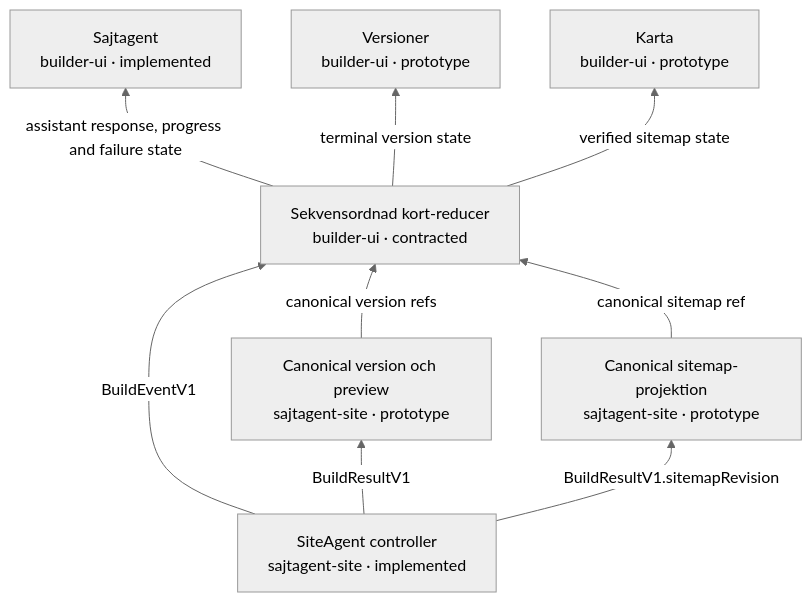
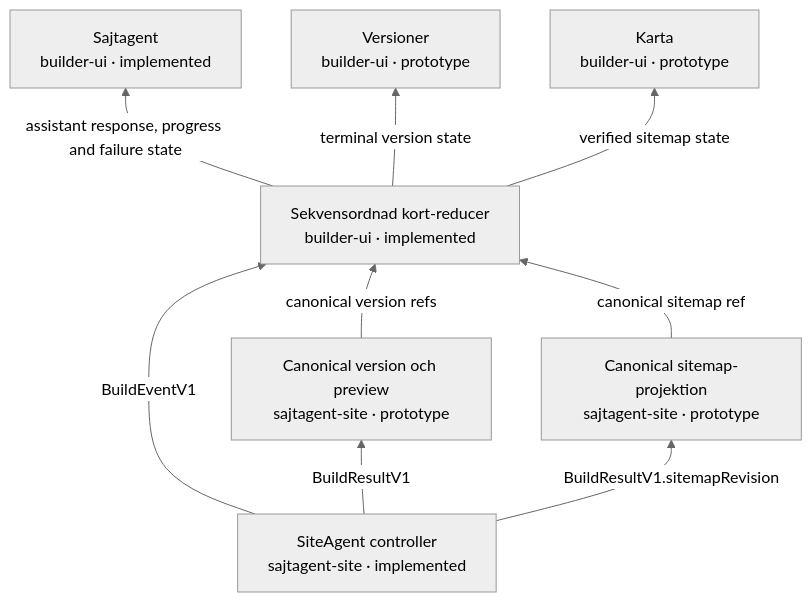
One commit to Jakeminator123/sajtagent-site changed the second of 2 diagrams in docs/card-flow.md. Above: the diagram before and after it, drawn with Mermaid (neutral theme). The commit also changed 19 other files, not shown here.

````diff
--- a/docs/card-flow.md
+++ b/docs/card-flow.md
@@ -26,18 +26,18 @@
 ```mermaid
 flowchart BT
     n_product_controller["SiteAgent controller<br/>sajtagent-site · implemented"]
     n_product_version["Canonical version och preview<br/>sajtagent-site · prototype"]
     n_product_controller -->|"BuildResultV1"| n_product_version
     n_product_sitemap["Canonical sitemap-projektion<br/>sajtagent-site · prototype"]
     n_product_controller -->|"BuildResultV1.sitemapRevision"| n_product_sitemap
-    n_ui_event_reducer["Sekvensordnad kort-reducer<br/>builder-ui · contracted"]
+    n_ui_event_reducer["Sekvensordnad kort-reducer<br/>builder-ui · implemented"]
     n_product_controller -->|"BuildEventV1"| n_ui_event_reducer
     n_product_version -->|"canonical version refs"| n_ui_event_reducer
     n_product_sitemap -->|"canonical sitemap ref"| n_ui_event_reducer
     n_card_agent["Sajtagent<br/>builder-ui · implemented"]
     n_ui_event_reducer -->|"assistant response, progress and failure state"| n_card_agent
     n_card_versions["Versioner<br/>builder-ui · prototype"]
     n_ui_event_reducer -->|"terminal version state"| n_card_versions
     n_card_map["Karta<br/>builder-ui · prototype"]
     n_ui_event_reducer -->|"verified sitemap state"| n_card_map
 ```
````
